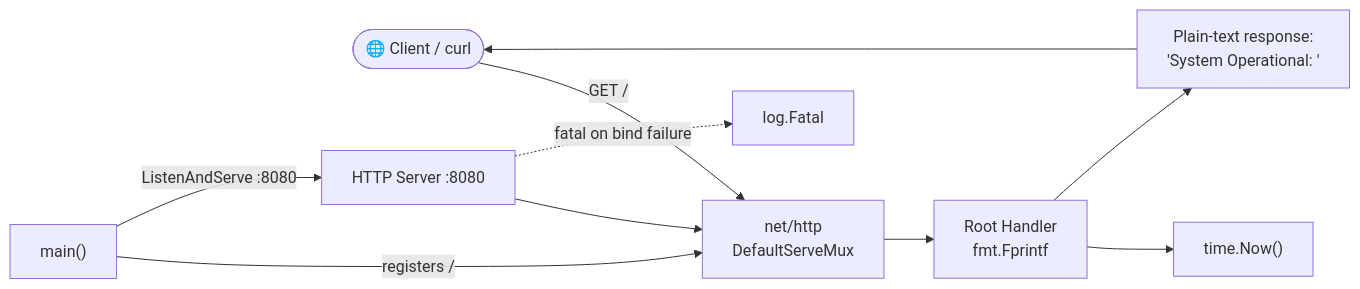
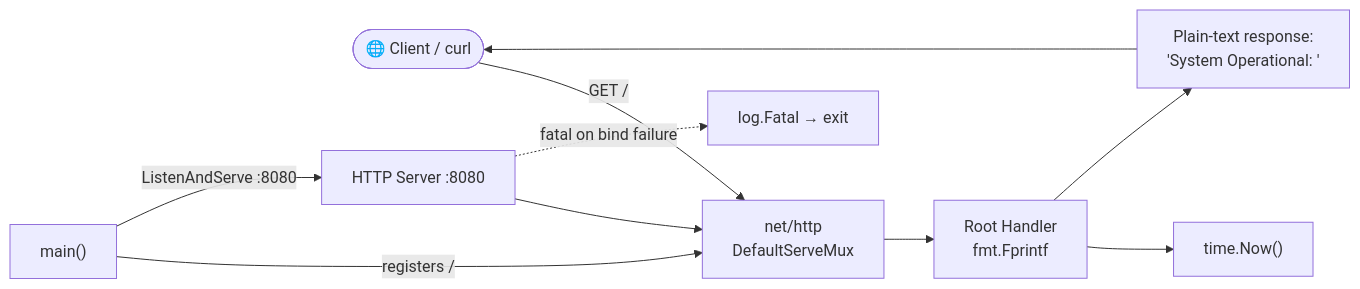
The first of 3 diagrams in README.md (Shivay00001/finance-cbdc-ledger-prototype), drawn with Mermaid before and after one commit. The commit also changed other lines of this file, not shown here.

````diff
--- a/README.md
+++ b/README.md
@@ -39,12 +62,12 @@
 ```mermaid
 flowchart LR
     Client([🌐 Client / curl]) -->|"GET /"| Mux["net/http<br/>DefaultServeMux"]
+    Main["main()"] -->|"registers /"| Mux
+    Main -->|"ListenAndServe :8080"| Server["HTTP Server :8080"]
+    Server --> Mux
     Mux --> Handler["Root Handler<br/>fmt.Fprintf"]
     Handler --> Time["time.Now()"]
     Handler --> Resp["Plain-text response:<br/>'System Operational: <timestamp>'"]
     Resp --> Client
-    Main["main()"] -->|"registers /"| Mux
-    Main -->|"ListenAndServe :8080"| Server["HTTP Server :8080"]
-    Server --> Mux
-    Server -.->|"fatal on bind failure"| Log["log.Fatal"]
+    Server -.->|"fatal on bind failure"| Log["log.Fatal → exit"]
 ```
````
